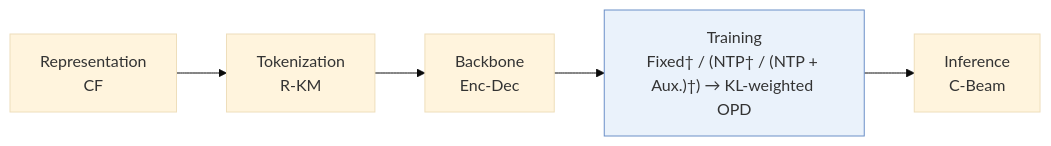
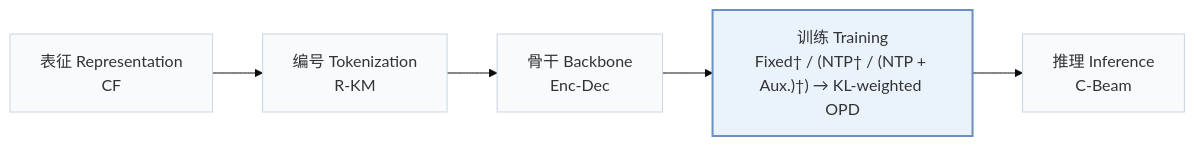
The first of 2 diagrams in pages/zh/papers/kl-mopd.md (Galaxy-ghost/Awesome-SID-Generative-Rec), drawn with Mermaid (base theme) before and after one commit. The commit also changed other lines of this file and 649 other files, not shown here.

Commit message:
writer-05: also tags and modality index (schema, check, build, visuals); summary field removed; calibration data for 12 papers

````diff
--- a/pages/zh/papers/kl-mopd.md
+++ b/pages/zh/papers/kl-mopd.md
@@ -13,6 +15,8 @@
 ```mermaid
 flowchart LR
-    R["Representation<br/>CF"] --> T["Tokenization<br/>R-KM"] --> B["Backbone<br/>Enc-Dec"] --> TR["Training<br/>Fixed† / (NTP† / (NTP + Aux.)†) → KL-weighted OPD"] --> I["Inference<br/>C-Beam"]
-    classDef main fill:#eaf2fb,stroke:#6b8fc7
+    R["表征 Representation<br/>CF"] --> T["编号 Tokenization<br/>R-KM"] --> B["骨干 Backbone<br/>Enc-Dec"] --> TR["训练 Training<br/>Fixed† / (NTP† / (NTP + Aux.)†) → KL-weighted OPD"] --> I["推理 Inference<br/>C-Beam"]
+    classDef base fill:#f8fafc,stroke:#cbd5e1
+    class R,T,B,TR,I base
+    classDef main fill:#eaf2fb,stroke:#6b8fc7,stroke-width:2px
     class TR main
 ```
````
